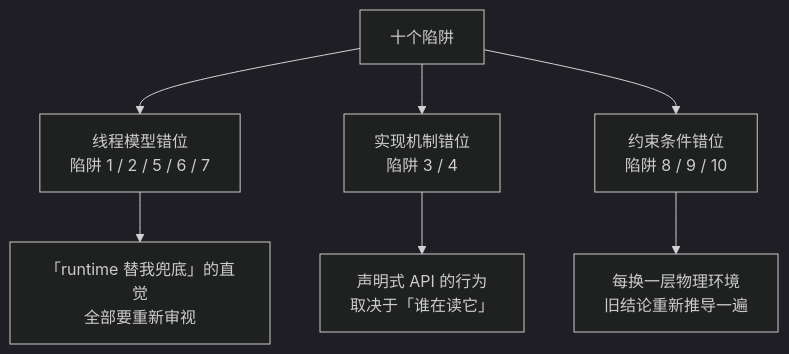
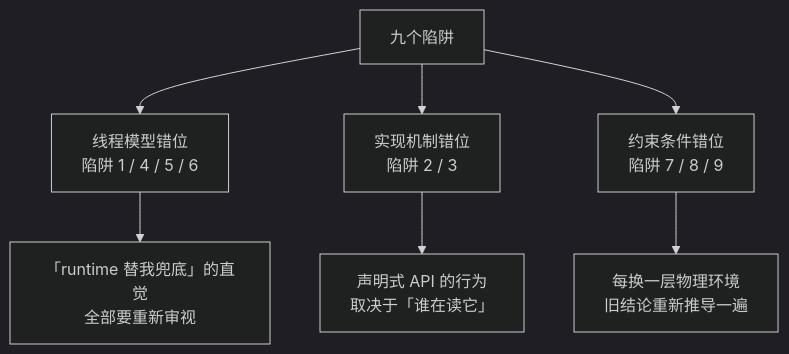
Before and after one commit to CrazyForks/java-full-stack: the diagram in docs/00-阶段零-起点盘点与补课/04-迁移心智陷阱清单.md, drawn with Mermaid (dark theme). The commit also changed other lines of this file and 10 other files, not shown here.

````diff
--- a/docs/00-阶段零-起点盘点与补课/04-迁移心智陷阱清单.md
+++ b/docs/00-阶段零-起点盘点与补课/04-迁移心智陷阱清单.md
@@ -227,9 +213,9 @@
 ```mermaid
 flowchart TD
-    A[十个陷阱] --> B[线程模型错位<br/>陷阱 1 / 2 / 5 / 6 / 7]
-    A --> C[实现机制错位<br/>陷阱 3 / 4]
-    A --> D[约束条件错位<br/>陷阱 8 / 9 / 10]
+    A[九个陷阱] --> B[线程模型错位<br/>陷阱 1 / 4 / 5 / 6]
+    A --> C[实现机制错位<br/>陷阱 2 / 3]
+    A --> D[约束条件错位<br/>陷阱 7 / 8 / 9]
     B --> B1[「runtime 替我兜底」的直觉<br/>全部要重新审视]
     C --> C1[声明式 API 的行为<br/>取决于「谁在读它」]
     D --> D1[每换一层物理环境<br/>旧结论重新推导一遍]
 ```
````
